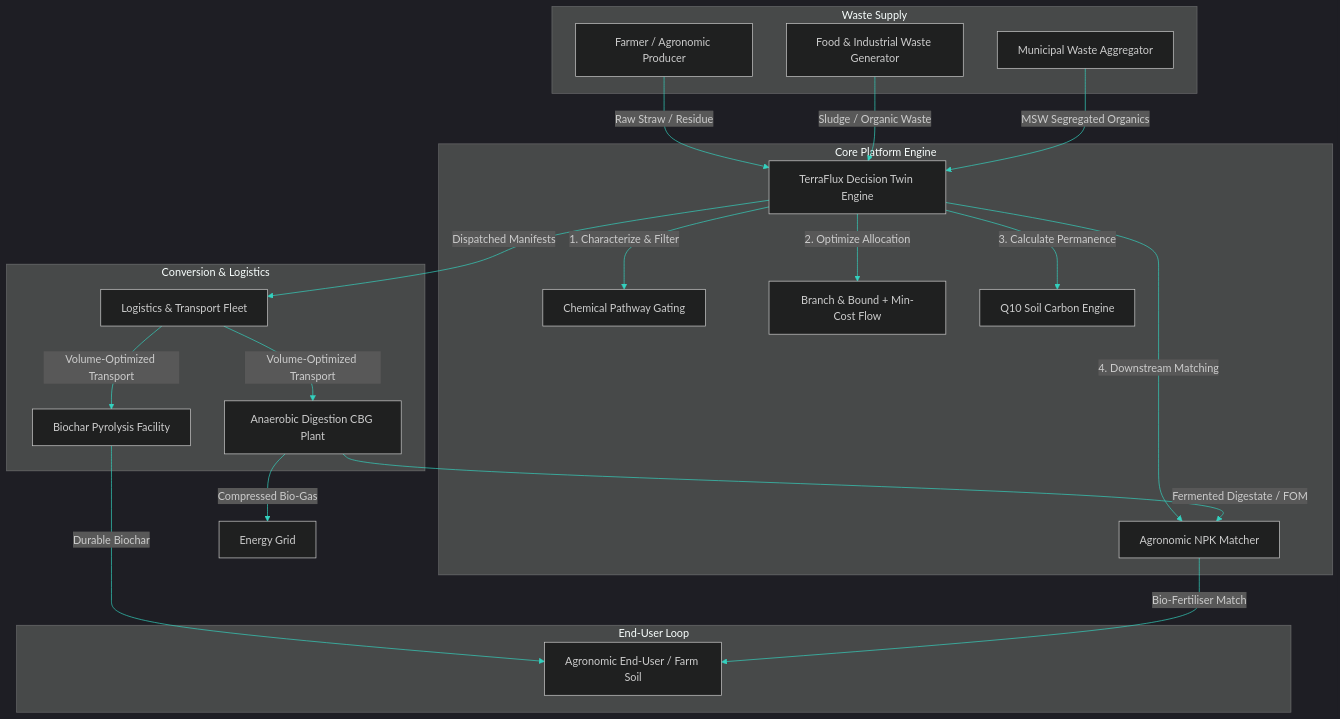
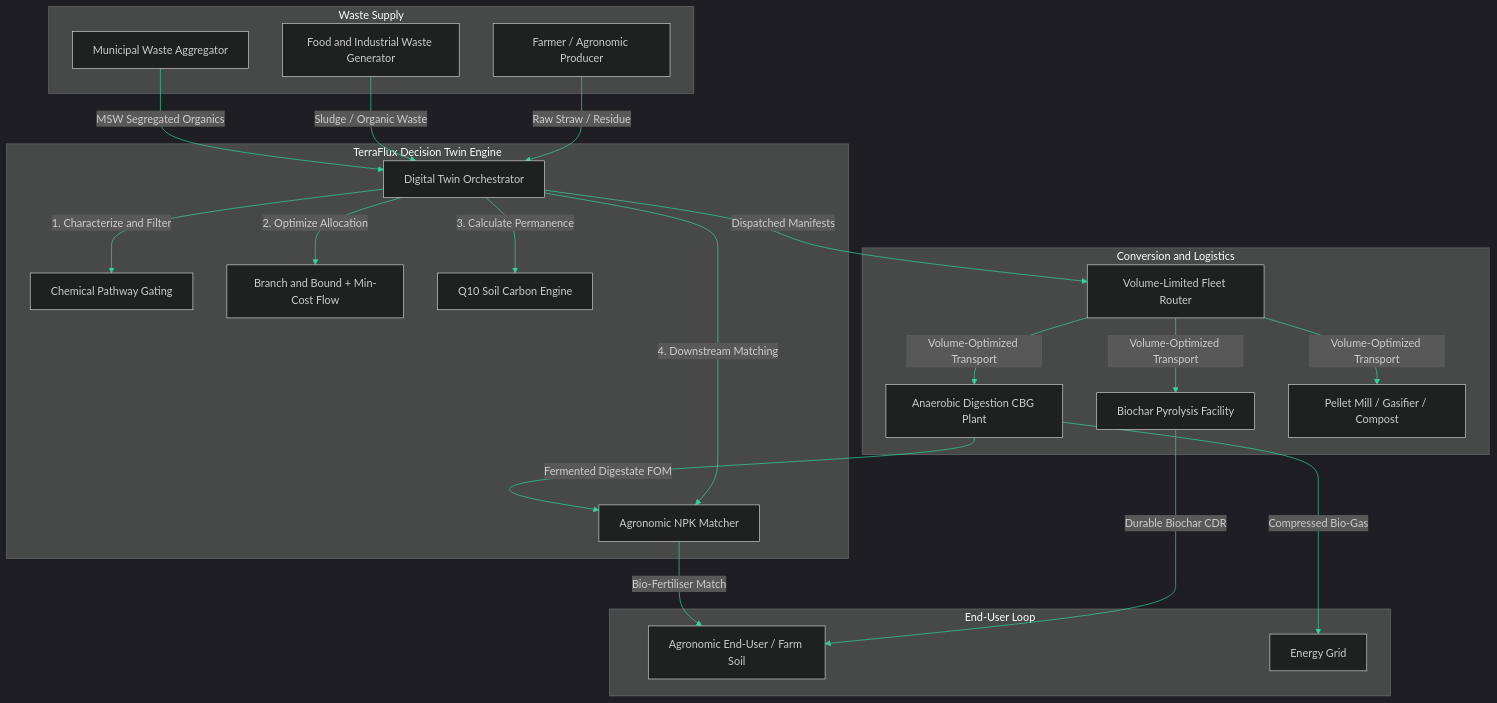
One commit to GalacticVraj/APSV changed the diagram in README.md. Above: the diagram before and after it, drawn with Mermaid. The commit also changed other lines of this file and 10 other files, not shown here.

````diff
--- a/README.md
+++ b/README.md
@@ -107,40 +252,37 @@
 ```mermaid
-%%{init: {'theme': 'dark', 'themeVariables': { 'primaryColor': '#10b981', 'primaryTextColor': '#ffffff', 'primaryBorderColor': '#059669', 'lineColor': '#34d1bf', 'tertiaryColor': '#1f2937'}}}%%
+%%{init: {'theme': 'dark', 'themeVariables': { 'primaryColor': '#10b981', 'primaryTextColor': '#ffffff', 'primaryBorderColor': '#059669', 'lineColor': '#34d399', 'tertiaryColor': '#1f2937'}}}%%
 graph TD
     subgraph Waste Supply
         F[Farmer / Agronomic Producer]
-        I[Food & Industrial Waste Generator]
+        I[Food and Industrial Waste Generator]
         M[Municipal Waste Aggregator]
     end
-
-    subgraph Core Platform Engine
-        TE[TerraFlux Decision Twin Engine]
-        TE -->|1. Characterize & Filter| CF[Chemical Pathway Gating]
-        TE -->|2. Optimize Allocation| MO[Branch & Bound + Min-Cost Flow]
+    subgraph TerraFlux Decision Twin Engine
+        TE[Digital Twin Orchestrator]
+        TE -->|1. Characterize and Filter| CF[Chemical Pathway Gating]
+        TE -->|2. Optimize Allocation| MO[Branch and Bound + Min-Cost Flow]
         TE -->|3. Calculate Permanence| CE[Q10 Soil Carbon Engine]
         TE -->|4. Downstream Matching| DM[Agronomic NPK Matcher]
     end
-
-    subgraph Conversion & Logistics
-        L[Logistics & Transport Fleet]
+    subgraph Conversion and Logistics
+        L[Volume-Limited Fleet Router]
         BC[Biochar Pyrolysis Facility]
         AD[Anaerobic Digestion CBG Plant]
+        PE[Pellet Mill / Gasifier / Compost]
     end
-
     subgraph End-User Loop
         EU[Agronomic End-User / Farm Soil]
+        G[Energy Grid]
     end
-
     F -->|Raw Straw / Residue| TE
     I -->|Sludge / Organic Waste| TE
     M -->|MSW Segregated Organics| TE
-
     TE -->|Dispatched Manifests| L
     L -->|Volume-Optimized Transport| BC
     L -->|Volume-Optimized Transport| AD
-
-    BC -->|Durable Biochar| EU
-    AD -->|Compressed Bio-Gas| G[Energy Grid]
-    AD -->|Fermented Digestate / FOM| DM
+    L -->|Volume-Optimized Transport| PE
+    BC -->|Durable Biochar CDR| EU
+    AD -->|Compressed Bio-Gas| G
+    AD -->|Fermented Digestate FOM| DM
     DM -->|Bio-Fertiliser Match| EU
 ```
````
